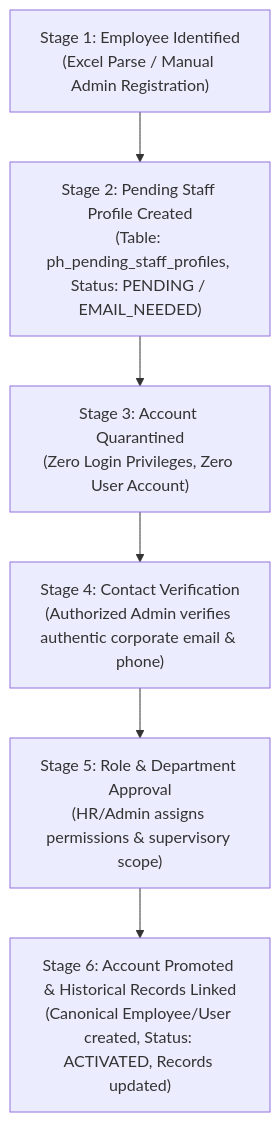
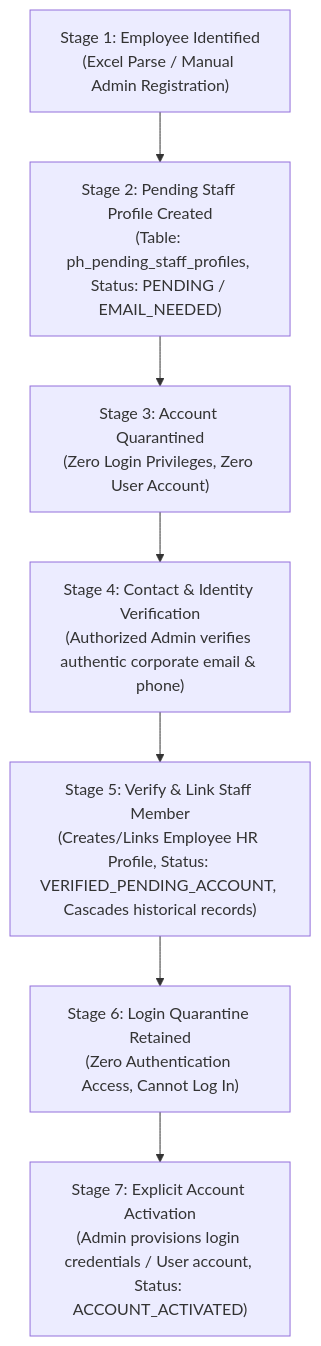
Before and after one commit to innovatorledger-web/crbcl: the diagram in docs/prevention-healing/employee-onboarding-design.md, drawn with Mermaid. The commit also changed other lines of this file and 8 other files, not shown here.

Commit message:
fix(prevention-healing): enforce login quarantine, separate employee linking from user account activation, and document missing case note workbook

````diff
--- a/docs/prevention-healing/employee-onboarding-design.md
+++ b/docs/prevention-healing/employee-onboarding-design.md
@@ -22,8 +22,9 @@
 ```mermaid
 graph TD
     A["Stage 1: Employee Identified<br>(Excel Parse / Manual Admin Registration)"] --> B["Stage 2: Pending Staff Profile Created<br>(Table: ph_pending_staff_profiles, Status: PENDING / EMAIL_NEEDED)"]
     B --> C["Stage 3: Account Quarantined<br>(Zero Login Privileges, Zero User Account)"]
-    C --> D["Stage 4: Contact Verification<br>(Authorized Admin verifies authentic corporate email & phone)"]
-    D --> E["Stage 5: Role & Department Approval<br>(HR/Admin assigns permissions & supervisory scope)"]
-    E --> F["Stage 6: Account Promoted & Historical Records Linked<br>(Canonical Employee/User created, Status: ACTIVATED, Records updated)"]
+    C --> D["Stage 4: Contact & Identity Verification<br>(Authorized Admin verifies authentic corporate email & phone)"]
+    D --> E["Stage 5: Verify & Link Staff Member<br>(Creates/Links Employee HR Profile, Status: VERIFIED_PENDING_ACCOUNT, Cascades historical records)"]
+    E --> F["Stage 6: Login Quarantine Retained<br>(Zero Authentication Access, Cannot Log In)"]
+    F --> G["Stage 7: Explicit Account Activation<br>(Admin provisions login credentials / User account, Status: ACCOUNT_ACTIVATED)"]
 ```
````
